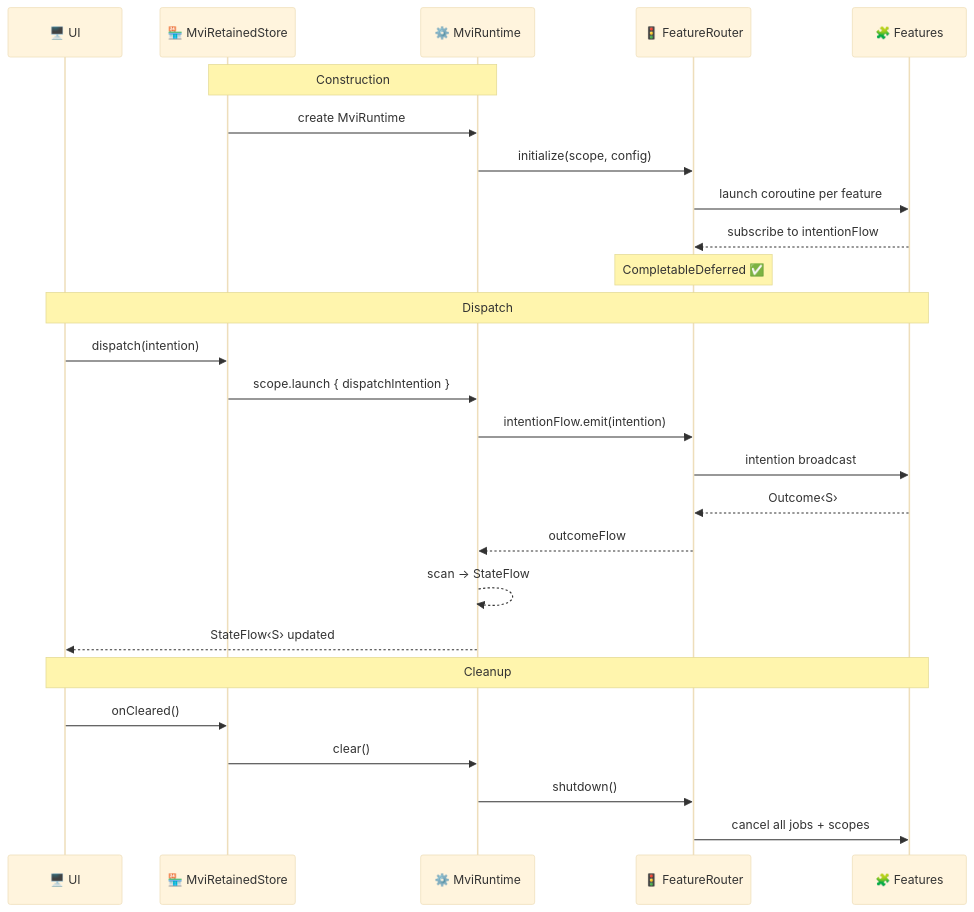
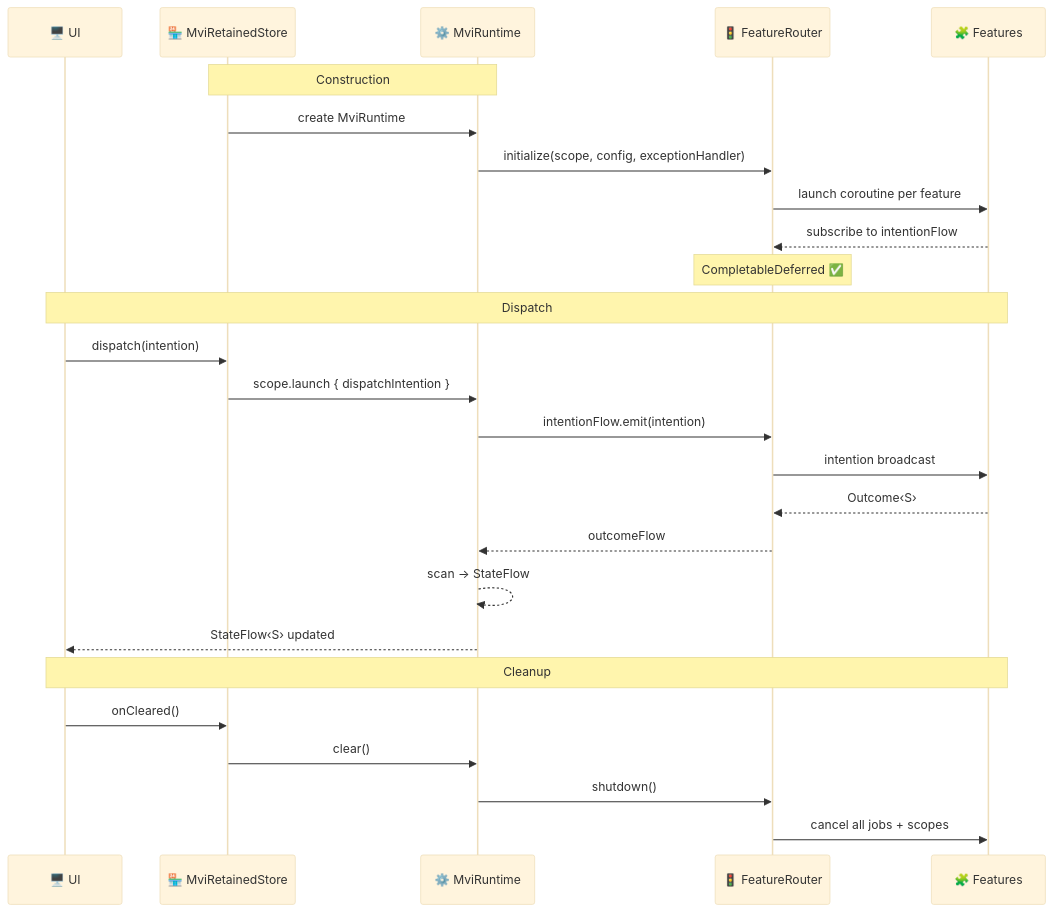
The third of 3 diagrams in site-docs/architecture.md (ktomek/yamv), drawn with Mermaid (base theme) before and after one commit. The commit also changed other lines of this file and 9 other files, not shown here.

Commit message:
feat: MviExceptionHandler + lifecycle stress tests (#31, #30) (#33)

````diff
--- a/site-docs/architecture.md
+++ b/site-docs/architecture.md
@@ -134,31 +168,31 @@
 ``` mermaid
 sequenceDiagram
     participant UI as 🖥️ UI
     participant Store as 🏪 MviRetainedStore
     participant Runtime as ⚙️ MviRuntime
     participant Router as 🚦 FeatureRouter
     participant F as 🧩 Features
 
     Note over Store,Runtime: Construction
     Store->>Runtime: create MviRuntime
-    Runtime->>Router: initialize(scope, config)
+    Runtime->>Router: initialize(scope, config, exceptionHandler)
     Router->>F: launch coroutine per feature
     F-->>Router: subscribe to intentionFlow
     Note over Router: CompletableDeferred ✅
 
     Note over UI,F: Dispatch
     UI->>Store: dispatch(intention)
     Store->>Runtime: scope.launch { dispatchIntention }
     Runtime->>Router: intentionFlow.emit(intention)
     Router->>F: intention broadcast
     F-->>Router: Outcome‹S›
     Router-->>Runtime: outcomeFlow
     Runtime-->>Runtime: scan → StateFlow
     Runtime-->>UI: StateFlow‹S› updated
 
     Note over UI,F: Cleanup
     UI->>Store: onCleared()
     Store->>Runtime: clear()
     Runtime->>Router: shutdown()
     Router->>F: cancel all jobs + scopes
 ```
````
